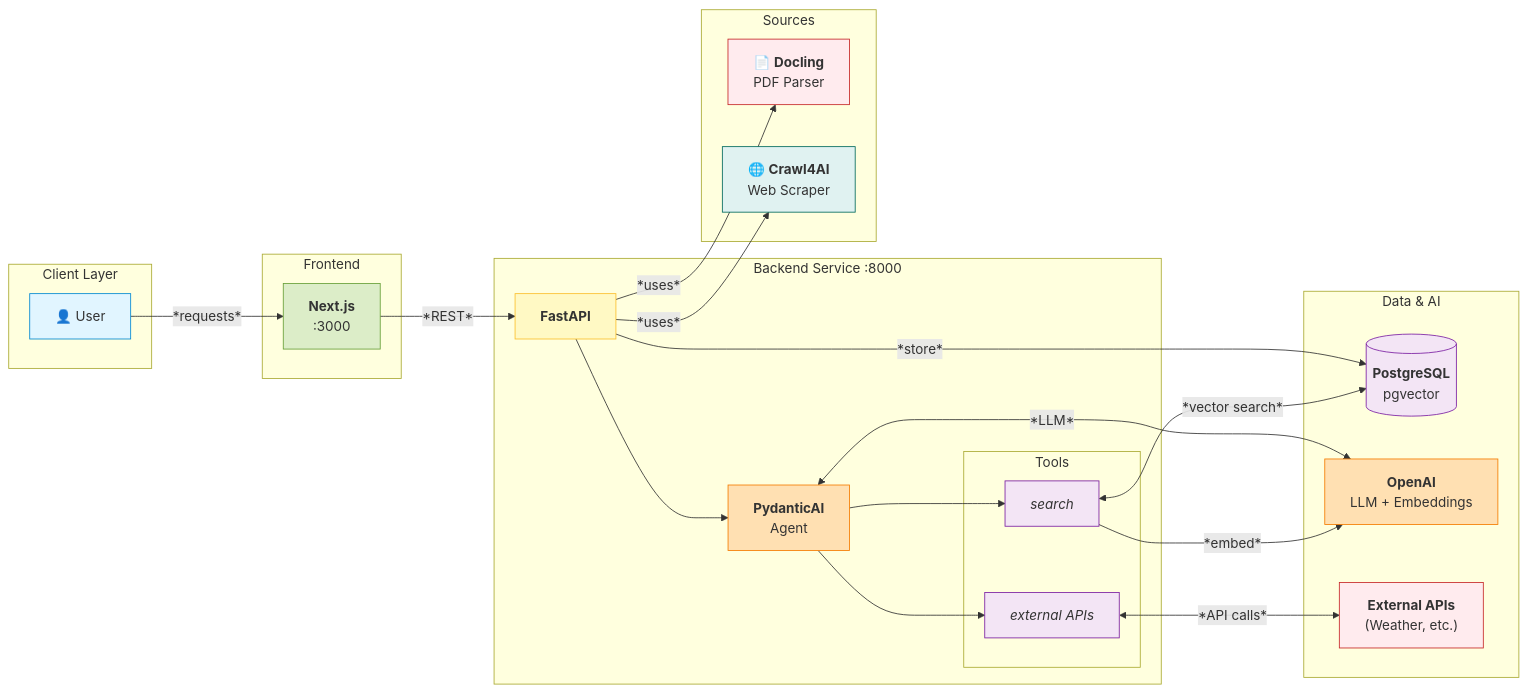
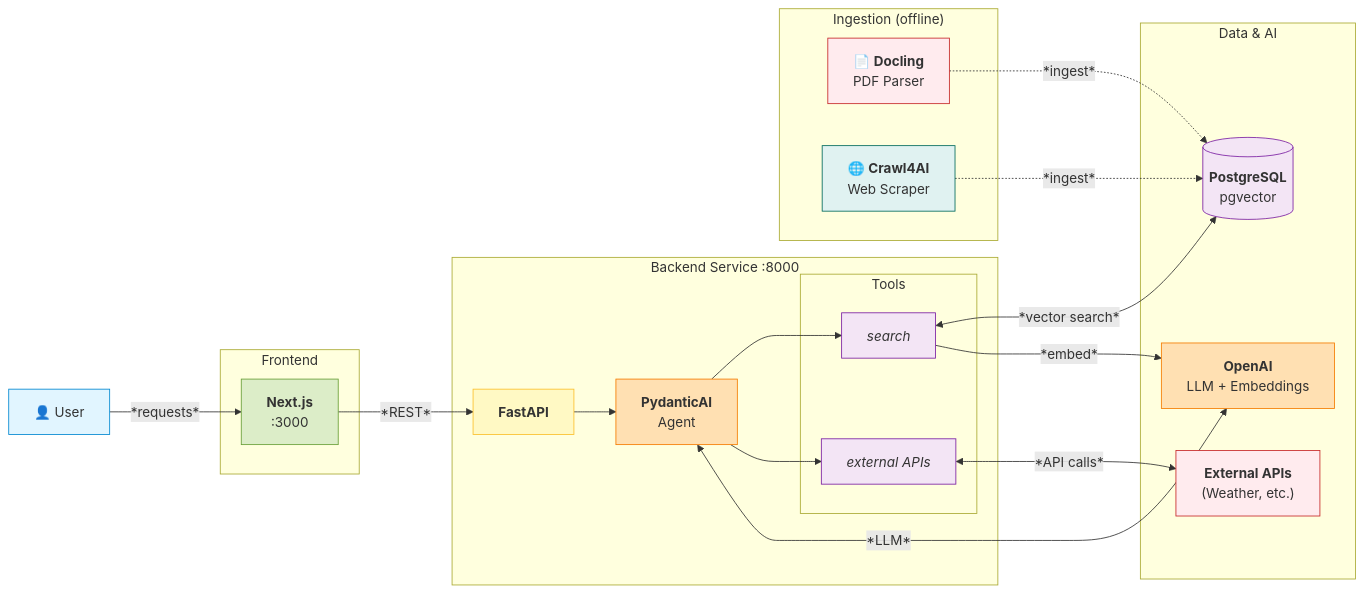
Before and after one commit to ggustin93/nextjs-fastapi-rag: the first of 3 diagrams in README.md, drawn with Mermaid.

Commit message:
docs: update architecture diagram for clarity and accuracy

````diff
--- a/README.md
+++ b/README.md
@@ -62,56 +62,53 @@
 ```mermaid
 graph LR
-    subgraph Client["Client Layer"]
-        USER[👤 User]
-    end
+    USER[👤 User]
 
     subgraph Frontend["Frontend"]
         NEXT["`**Next.js**<br/>:3000`"]
     end
 
     subgraph Backend["Backend Service :8000"]
         API["`**FastAPI**`"]
         AGENT["`**PydanticAI**<br/>Agent`"]
 
         subgraph Tools["Tools"]
             SEARCH["`*search*`"]
             EXTERNAL["`*external APIs*`"]
         end
     end
 
     subgraph Data["Data & AI"]
         DB[("`**PostgreSQL**<br/>pgvector`")]
         OPENAI["`**OpenAI**<br/>LLM + Embeddings`"]
         APIS["`**External APIs**<br/>(Weather, etc.)`"]
     end
 
-    subgraph Sources["Sources"]
+    subgraph Ingestion["Ingestion (offline)"]
         PDF["`📄 **Docling**<br/>PDF Parser`"]
         WEB["`🌐 **Crawl4AI**<br/>Web Scraper`"]
     end
 
     USER -->|*requests*| NEXT
     NEXT -->|*REST*| API
     API --> AGENT
     AGENT --> SEARCH
     AGENT --> EXTERNAL
     SEARCH <-->|*vector search*| DB
     SEARCH -->|*embed*| OPENAI
     AGENT <-->|*LLM*| OPENAI
     EXTERNAL <-->|*API calls*| APIS
-    API -->|*uses*| PDF
-    API -->|*uses*| WEB
-    API -->|*store*| DB
+    PDF -.->|*ingest*| DB
+    WEB -.->|*ingest*| DB
 
     style USER fill:#e1f5ff,stroke:#0288d1
     style NEXT fill:#dcedc8,stroke:#689f38
     style API fill:#fff9c4,stroke:#fbc02d
     style AGENT fill:#ffe0b2,stroke:#f57c00
     style SEARCH fill:#f3e5f5,stroke:#7b1fa2
     style EXTERNAL fill:#f3e5f5,stroke:#7b1fa2
     style DB fill:#f3e5f5,stroke:#7b1fa2
     style OPENAI fill:#ffe0b2,stroke:#f57c00
     style APIS fill:#ffebee,stroke:#c62828
     style PDF fill:#ffebee,stroke:#c62828
     style WEB fill:#e0f2f1,stroke:#00695c
 ```
````
